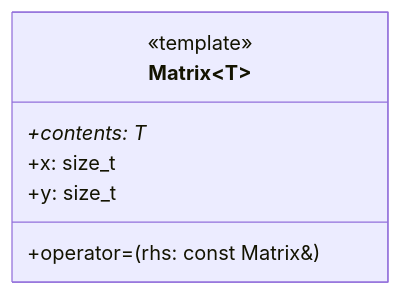
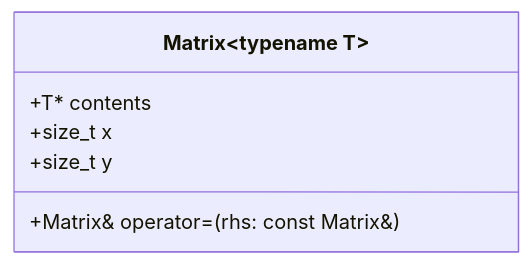
One commit to MornaMeoi/notes changed the diagram in Areas/CPP/Лекции/Lecture 9. Принципы ООП.md. Above: the diagram before and after it, drawn with Mermaid.

Commit message:
vault backup: 2026-06-06 17:37:06

````diff
--- a/Areas/CPP/Лекции/Lecture 9. Принципы ООП.md
+++ b/Areas/CPP/Лекции/Lecture 9. Принципы ООП.md
@@ -91,10 +91,9 @@
 ```mermaid
 classDiagram
-	class Matrix~T~ {
-		<<template>>
-		+contents: T*
-		+x: size_t
-		+y: size_t
-		+operator=(rhs: const Matrix&)
+	class Matrix~typename T~ {
+		+T* contents
+		+size_t x
+		+size_t y
+		+Matrix& operator=(rhs: const Matrix&)
 	}
 ```
````
